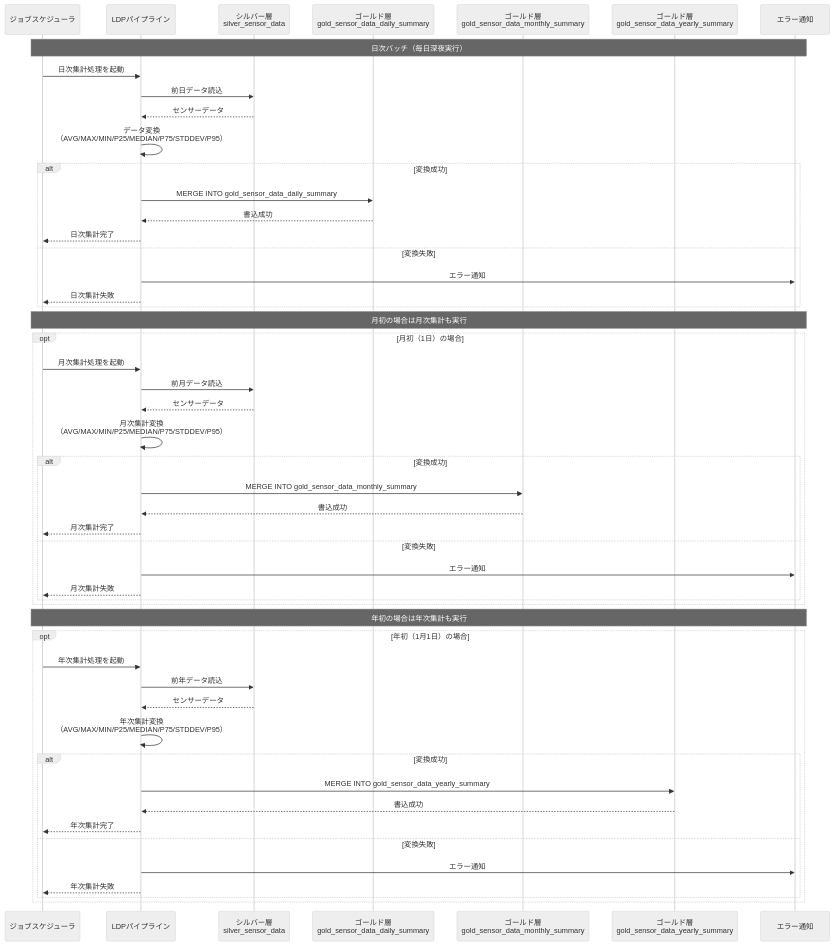
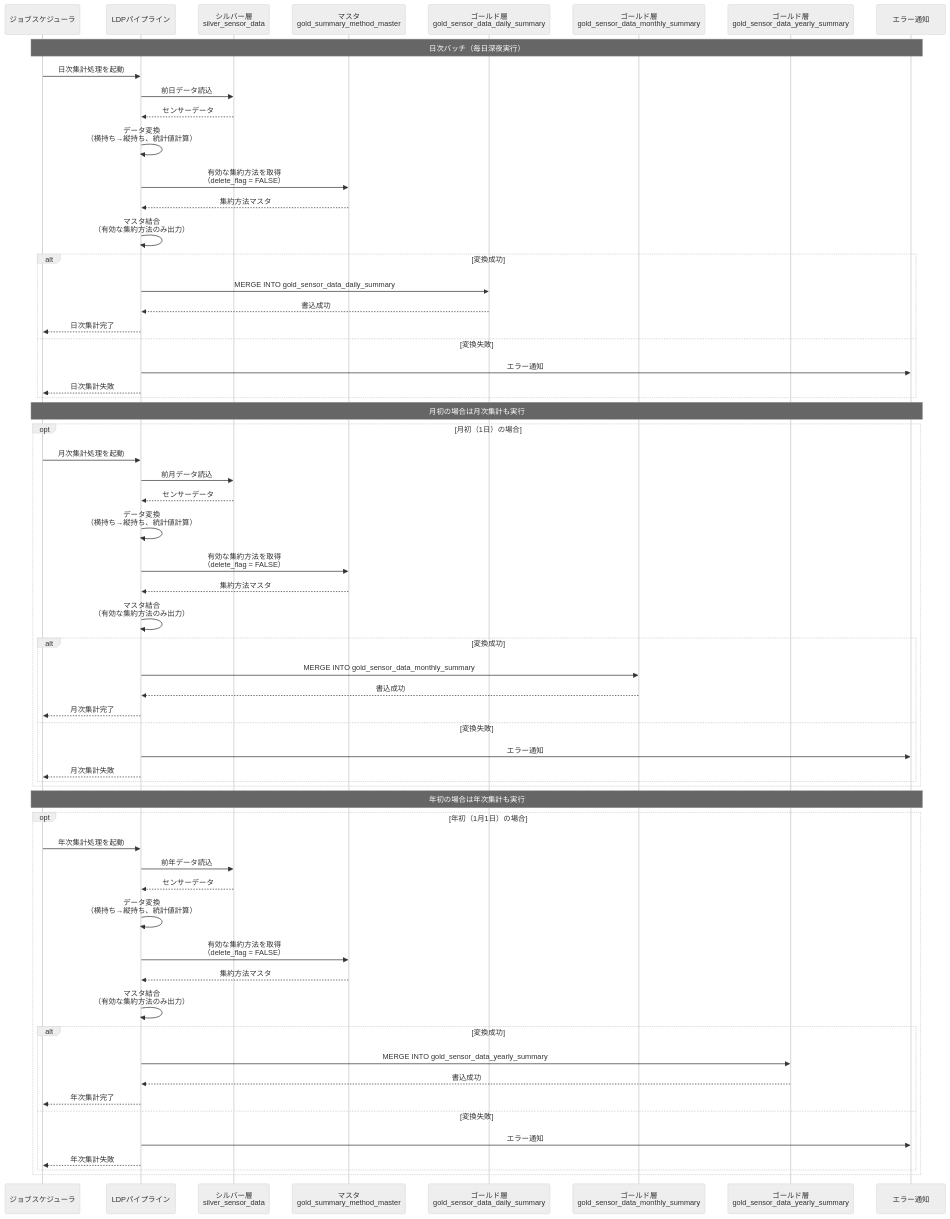
The fourth of 5 diagrams in docs/03-features/ldp-pipeline/gold_layer/ldp-pipeline-specification.md (NSW-SVCP-AIWG002/Databricks-IoT), drawn with Mermaid (neutral theme) before and after one commit. The commit also changed other lines of this file and 3 other files, not shown here.

```diff
--- a/docs/03-features/ldp-pipeline/gold_layer/ldp-pipeline-specification.md
+++ b/docs/03-features/ldp-pipeline/gold_layer/ldp-pipeline-specification.md
@@ -767,6 +711,7 @@
     participant Scheduler as ジョブスケジューラ
     participant LDP as LDPパイプライン
     participant Silver as シルバー層<br>silver_sensor_data
+    participant Master as マスタ<br>gold_summary_method_master
     participant GoldDaily as ゴールド層<br>gold_sensor_data_daily_summary
     participant GoldMonthly as ゴールド層<br>gold_sensor_data_monthly_summary
     participant GoldYearly as ゴールド層<br>gold_sensor_data_yearly_summary
@@ -779,7 +724,12 @@
     LDP->>Silver: 前日データ読込
     Silver-->>LDP: センサーデータ
 
-    LDP->>LDP: データ変換<br>（AVG/MAX/MIN/P25/MEDIAN/P75/STDDEV/P95）
+    LDP->>LDP: データ変換<br>（横持ち→縦持ち、統計値計算）
+
+    LDP->>Master: 有効な集約方法を取得<br>（delete_flag = FALSE）
+    Master-->>LDP: 集約方法マスタ
+
+    LDP->>LDP: マスタ結合<br>（有効な集約方法のみ出力）
 
     alt 変換成功
         LDP->>GoldDaily: MERGE INTO gold_sensor_data_daily_summary
@@ -798,7 +748,12 @@
         LDP->>Silver: 前月データ読込
         Silver-->>LDP: センサーデータ
 
-        LDP->>LDP: 月次集計変換<br>（AVG/MAX/MIN/P25/MEDIAN/P75/STDDEV/P95）
+        LDP->>LDP: データ変換<br>（横持ち→縦持ち、統計値計算）
+
+        LDP->>Master: 有効な集約方法を取得<br>（delete_flag = FALSE）
+        Master-->>LDP: 集約方法マスタ
+
+        LDP->>LDP: マスタ結合<br>（有効な集約方法のみ出力）
 
         alt 変換成功
             LDP->>GoldMonthly: MERGE INTO gold_sensor_data_monthly_summary
@@ -818,7 +773,12 @@
         LDP->>Silver: 前年データ読込
         Silver-->>LDP: センサーデータ
 
-        LDP->>LDP: 年次集計変換<br>（AVG/MAX/MIN/P25/MEDIAN/P75/STDDEV/P95）
+        LDP->>LDP: データ変換<br>（横持ち→縦持ち、統計値計算）
+
+        LDP->>Master: 有効な集約方法を取得<br>（delete_flag = FALSE）
+        Master-->>LDP: 集約方法マスタ
+
+        LDP->>LDP: マスタ結合<br>（有効な集約方法のみ出力）
 
         alt 変換成功
             LDP->>GoldYearly: MERGE INTO gold_sensor_data_yearly_summary
```
